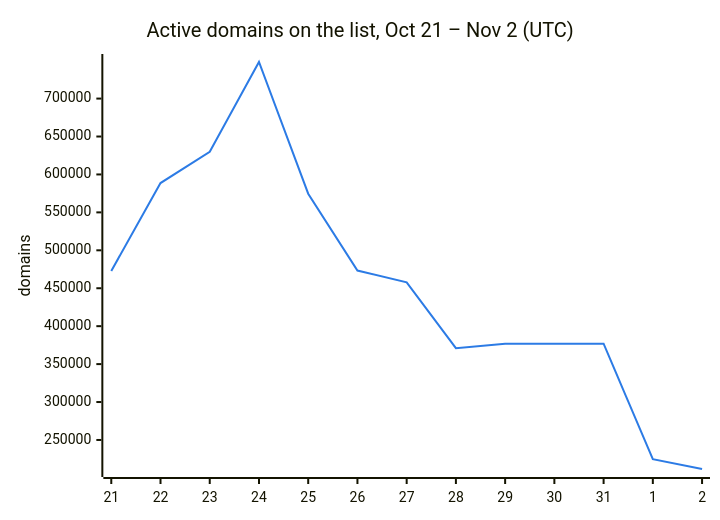
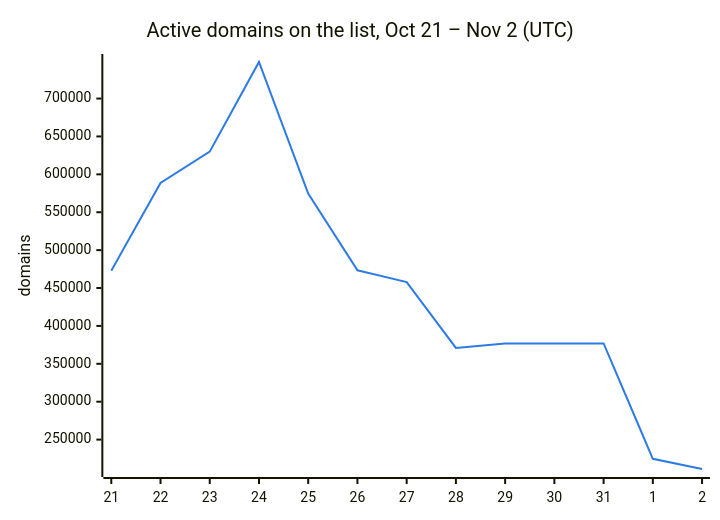
The second of 3 diagrams in README.md (DNSBunker/CTI), drawn with Mermaid before and after one commit. The commit also changed other lines of this file and 3 other files, not shown here.

````diff
--- a/README.md
+++ b/README.md
@@ -38,8 +38,8 @@
 ```mermaid
 %%{init: {"themeVariables": {"xyChart": {"plotColorPalette": "#2c7be5"}}}}%%
 xychart-beta
     title "Active domains on the list, Oct 21 – Nov 2 (UTC)"
     x-axis ["21", "22", "23", "24", "25", "26", "27", "28", "29", "30", "31", "1", "2"]
     y-axis "domains"
-    line [472713, 588659, 629951, 748222, 574614, 473331, 457795, 371010, 376945, 376945, 376945, 224607, 211728]
+    line [472713, 588659, 629951, 748222, 574614, 473331, 457795, 371010, 376945, 376945, 376945, 224607, 211216]
 ```
````
